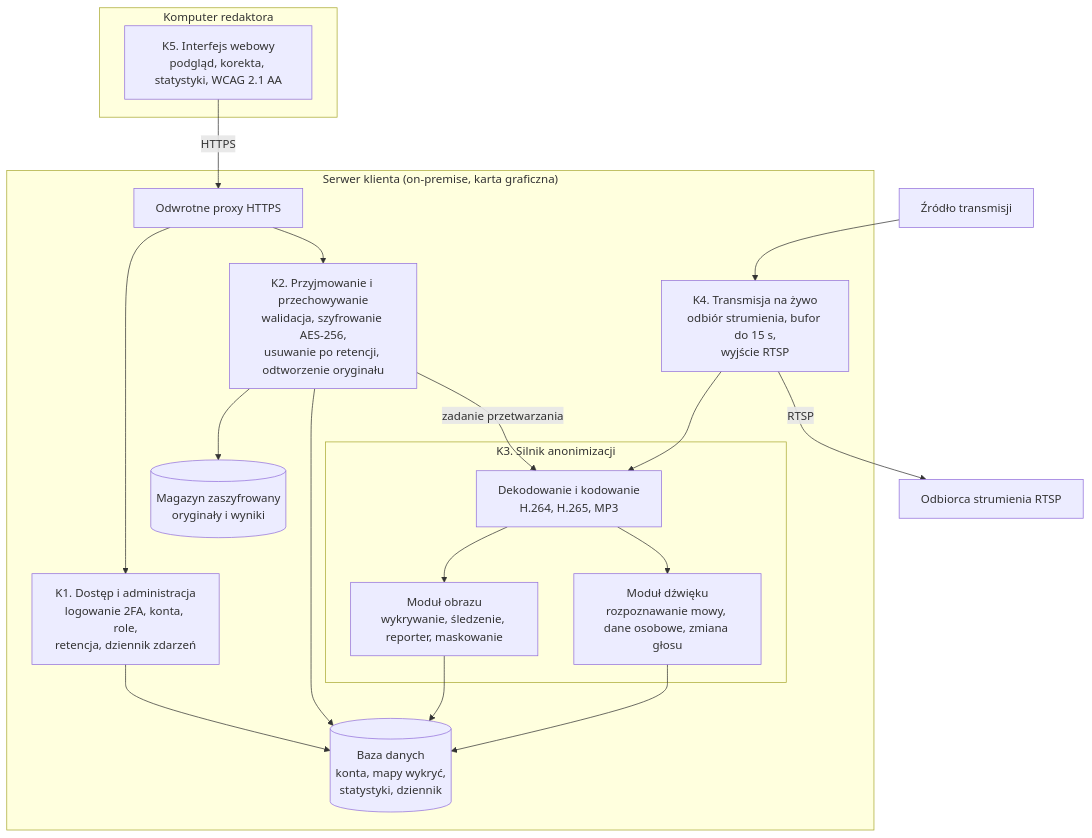
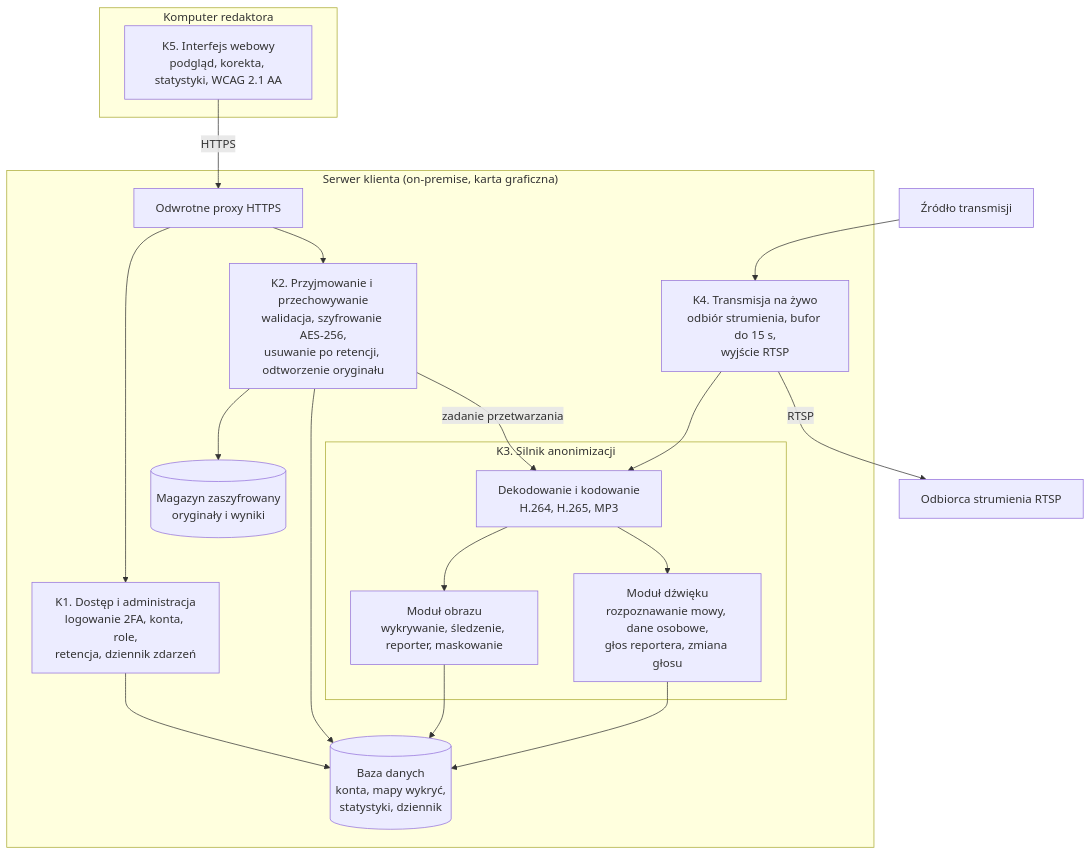
Before and after one commit to Woneruz/IO_Projekt: the fourth of 4 diagrams in docs/DIW.md, drawn with Mermaid. The commit also changed other lines of this file, not shown here.

Commit message:
Profil glosu reportera, transmisja na zywo w pelni automatyczna

````diff
--- a/docs/DIW.md
+++ b/docs/DIW.md
@@ -537,38 +541,38 @@
 ```mermaid
 flowchart TB
     subgraph KLI["Komputer redaktora"]
         UI["K5. Interfejs webowy<br/>podgląd, korekta, statystyki, WCAG 2.1 AA"]
     end
 
     subgraph SRV["Serwer klienta (on-premise, karta graficzna)"]
         PRX["Odwrotne proxy HTTPS"]
         K1["K1. Dostęp i administracja<br/>logowanie 2FA, konta, role,<br/>retencja, dziennik zdarzeń"]
         K2["K2. Przyjmowanie i przechowywanie<br/>walidacja, szyfrowanie AES-256,<br/>usuwanie po retencji, odtworzenie oryginału"]
         subgraph K3["K3. Silnik anonimizacji"]
             OBR["Moduł obrazu<br/>wykrywanie, śledzenie, reporter, maskowanie"]
-            DZW["Moduł dźwięku<br/>rozpoznawanie mowy, dane osobowe, zmiana głosu"]
+            DZW["Moduł dźwięku<br/>rozpoznawanie mowy, dane osobowe,<br/>głos reportera, zmiana głosu"]
             KOD["Dekodowanie i kodowanie<br/>H.264, H.265, MP3"]
         end
         K4["K4. Transmisja na żywo<br/>odbiór strumienia, bufor do 15 s,<br/>wyjście RTSP"]
         DB[("Baza danych<br/>konta, mapy wykryć,<br/>statystyki, dziennik")]
         MAG[("Magazyn zaszyfrowany<br/>oryginały i wyniki")]
     end
 
     ZRT["Źródło transmisji"]
     ODB["Odbiorca strumienia RTSP"]
 
     UI -->|"HTTPS"| PRX
     PRX --> K1
     PRX --> K2
     K1 --> DB
     K2 --> MAG
     K2 --> DB
     K2 -->|"zadanie przetwarzania"| KOD
     KOD --> OBR
     KOD --> DZW
     OBR --> DB
     DZW --> DB
     ZRT --> K4
     K4 --> KOD
     K4 -->|"RTSP"| ODB
 ```
````
